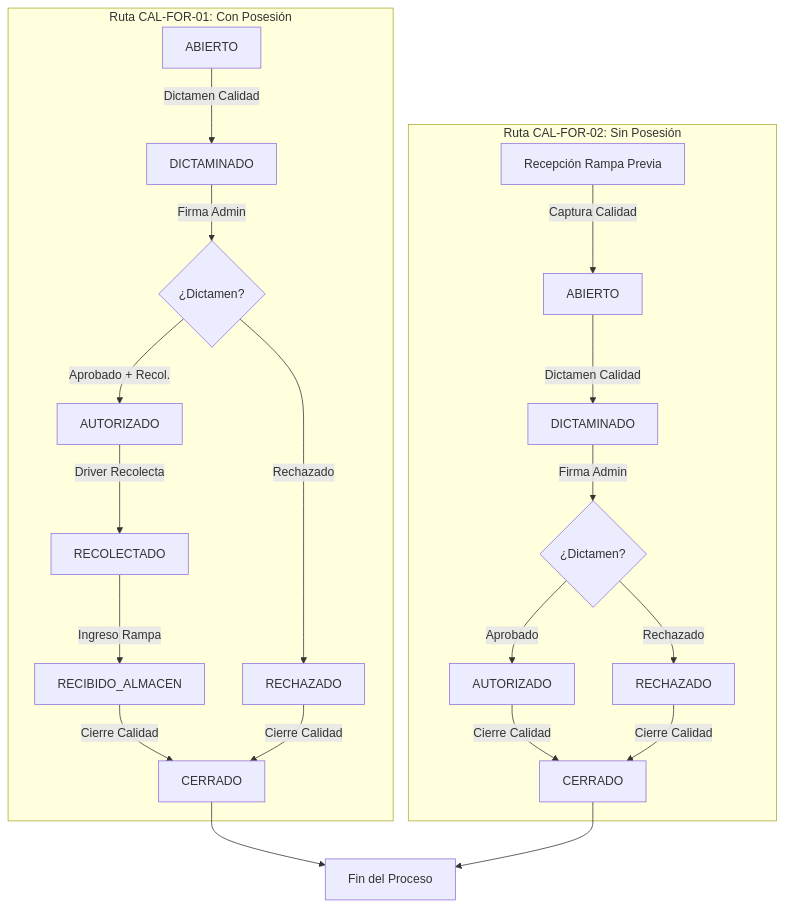
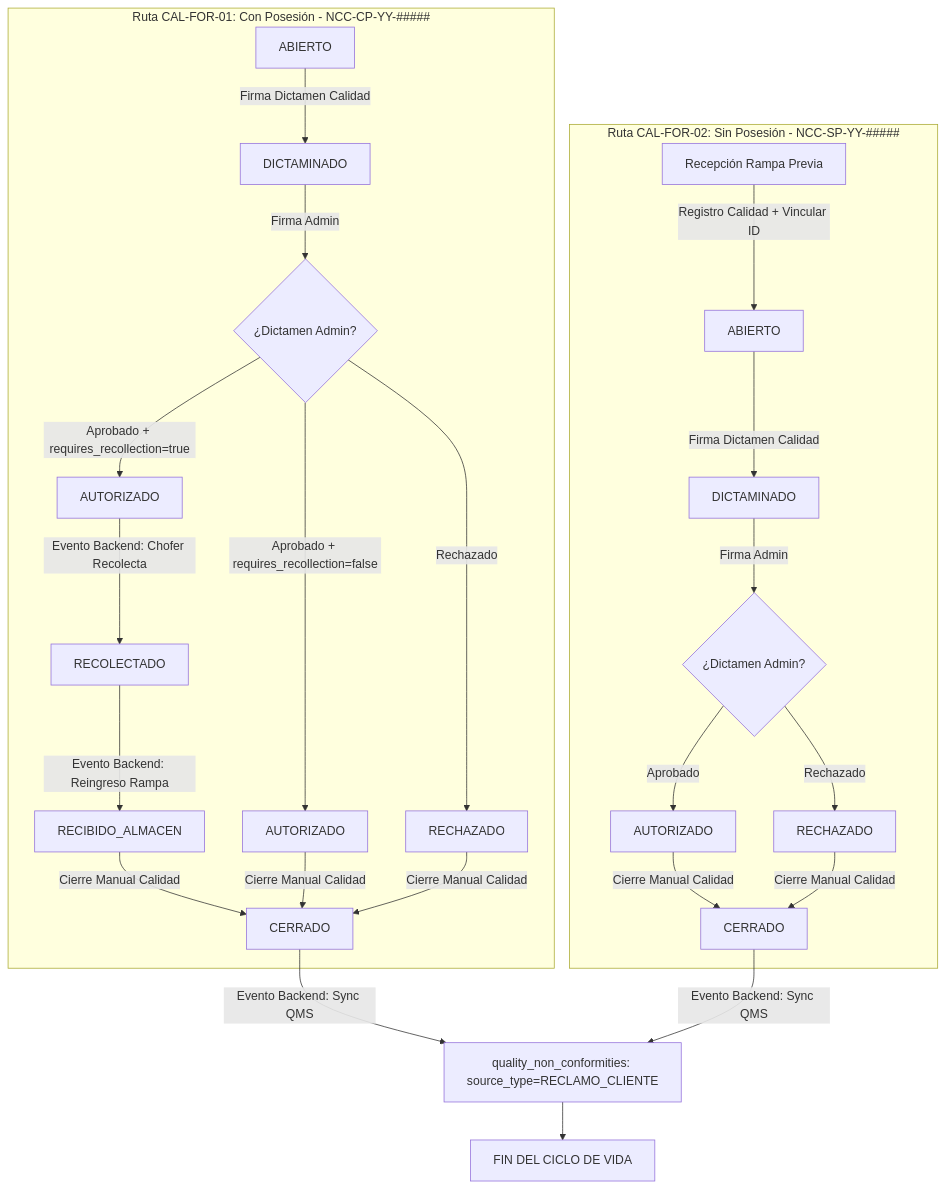
The third of 3 diagrams in docs/modules/product_rejection.md (Automatizacion-KPC/KoonolApp), drawn with Mermaid before and after one commit. The commit also changed other lines of this file, not shown here.

Commit message:
Se actualizó los diagramas de flujo del módulo CPR

````diff
--- a/docs/modules/product_rejection.md
+++ b/docs/modules/product_rejection.md
@@ -242,26 +245,29 @@
 ```mermaid
 graph TD
-    subgraph RUTA_CAL_FOR_01 [Ruta CAL-FOR-01: Con Posesión]
-        A1[ABIERTO] -->|Dictamen Calidad| B1[DICTAMINADO]
-        B1 -->|Firma Admin| C1{¿Dictamen?}
+    subgraph RUTA_CAL_FOR_01 [Ruta CAL-FOR-01: Con Posesión - NCC-CP-YY-#####]
+        A1[ABIERTO] -->|Firma Dictamen Calidad| B1[DICTAMINADO]
+        B1 -->|Firma Admin| C1{¿Dictamen Admin?}
         C1 -- Rechazado --> D1[RECHAZADO]
-        C1 -- Aprobado + Recol. --> E1[AUTORIZADO]
-        E1 -->|Driver Recolecta| F1[RECOLECTADO]
-        F1 -->|Ingreso Rampa| G1[RECIBIDO_ALMACEN]
-        G1 -->|Cierre Calidad| H1[CERRADO]
-        D1 -->|Cierre Calidad| H1
+        C1 -- Aprobado + requires_recollection=true --> E1[AUTORIZADO]
+        C1 -- Aprobado + requires_recollection=false --> E1_1[AUTORIZADO]
+        E1 -->|Evento Backend: Chofer Recolecta| F1[RECOLECTADO]
+        F1 -->|Evento Backend: Reingreso Rampa| G1[RECIBIDO_ALMACEN]
+        G1 -->|Cierre Manual Calidad| H1[CERRADO]
+        E1_1 -->|Cierre Manual Calidad| H1
+        D1 -->|Cierre Manual Calidad| H1
     end
 
-    subgraph RUTA_CAL_FOR_02 [Ruta CAL-FOR-02: Sin Posesión]
-        A2[Recepción Rampa Previa] -->|Captura Calidad| B2[ABIERTO]
-        B2 -->|Dictamen Calidad| C2[DICTAMINADO]
-        C2 -->|Firma Admin| D2{¿Dictamen?}
+    subgraph RUTA_CAL_FOR_02 [Ruta CAL-FOR-02: Sin Posesión - NCC-SP-YY-#####]
+        A2[Recepción Rampa Previa] -->|Registro Calidad + Vincular ID| B2[ABIERTO]
+        B2 -->|Firma Dictamen Calidad| C2[DICTAMINADO]
+        C2 -->|Firma Admin| D2{¿Dictamen Admin?}
         D2 -- Aprobado --> E2[AUTORIZADO]
         D2 -- Rechazado --> F2[RECHAZADO]
-        E2 -->|Cierre Calidad| G2[CERRADO]
-        F2 -->|Cierre Calidad| G2
+        E2 -->|Cierre Manual Calidad| G2[CERRADO]
+        F2 -->|Cierre Manual Calidad| G2
     end
 
-    H1 --> I1[Fin del Proceso]
-    G2 --> I1
+    H1 -->|Evento Backend: Sync QMS| I1[quality_non_conformities: source_type=RECLAMO_CLIENTE]
+    G2 -->|Evento Backend: Sync QMS| I1
+    I1 --> J1[FIN DEL CICLO DE VIDA]
 ```
````
